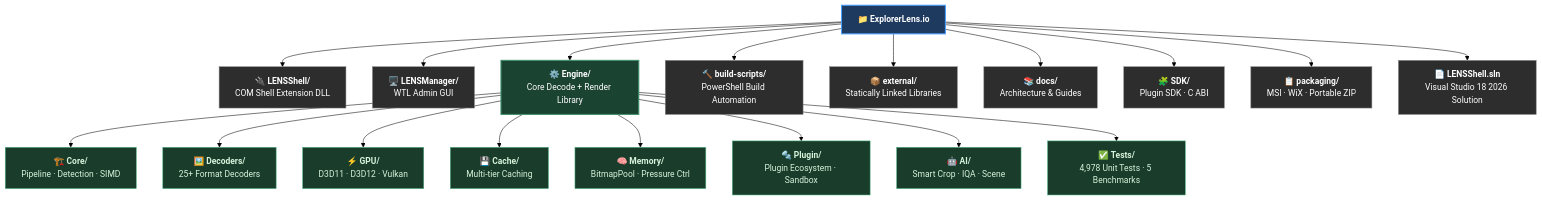
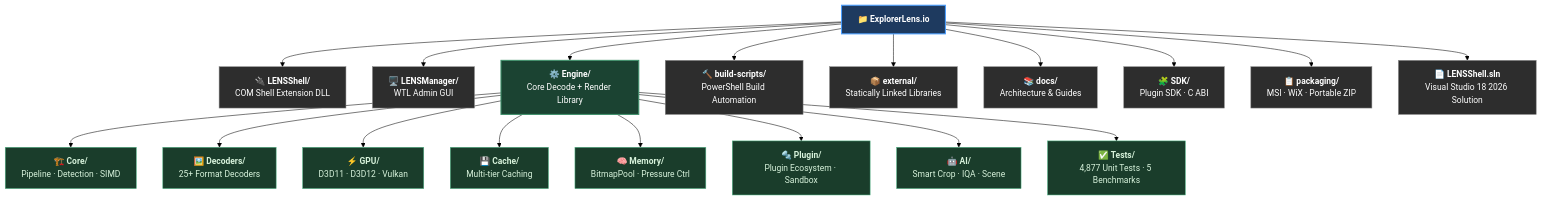
The diagram in README.md (RajwanYair/ExplorerLens.io), drawn with Mermaid (forest theme) before and after one commit. The commit also changed other lines of this file and 6 other files, not shown here.

````diff
--- a/README.md
+++ b/README.md
@@ -252,42 +294,42 @@
 ```mermaid
 graph TD
     ROOT["📁 <b>ExplorerLens.io</b>"]
 
     ROOT --> SHELL["🔌 <b>LENSShell/</b><br/>COM Shell Extension DLL"]
     ROOT --> MGR["🖥️ <b>LENSManager/</b><br/>WTL Admin GUI"]
     ROOT --> ENG["⚙️ <b>Engine/</b><br/>Core Decode + Render Library"]
     ROOT --> BS["🔨 <b>build-scripts/</b><br/>PowerShell Build Automation"]
     ROOT --> EXT["📦 <b>external/</b><br/>Statically Linked Libraries"]
     ROOT --> DOCS["📚 <b>docs/</b><br/>Architecture &amp; Guides"]
     ROOT --> SDK["🧩 <b>SDK/</b><br/>Plugin SDK · C ABI"]
     ROOT --> PKG["📋 <b>packaging/</b><br/>MSI · WiX · Portable ZIP"]
     ROOT --> SLN["📄 <b>LENSShell.sln</b><br/>Visual Studio 18 2026 Solution"]
 
     ENG --> CORE["🏗️ <b>Core/</b><br/>Pipeline · Detection · SIMD"]
     ENG --> DEC["🖼️ <b>Decoders/</b><br/>25+ Format Decoders"]
     ENG --> GPU["⚡ <b>GPU/</b><br/>D3D11 · D3D12 · Vulkan"]
     ENG --> CACHE["💾 <b>Cache/</b><br/>Multi-tier Caching"]
     ENG --> MEM["🧠 <b>Memory/</b><br/>BitmapPool · Pressure Ctrl"]
     ENG --> PLUGIN["🔩 <b>Plugin/</b><br/>Plugin Ecosystem · Sandbox"]
     ENG --> AI["🤖 <b>AI/</b><br/>Smart Crop · IQA · Scene"]
-    ENG --> TESTS["✅ <b>Tests/</b><br/>4,978 Unit Tests · 5 Benchmarks"]
+    ENG --> TESTS["✅ <b>Tests/</b><br/>4,877 Unit Tests · 5 Benchmarks"]
 
     style ROOT fill:#1e3a5f,color:#fff,stroke:#4a9eff,stroke-width:2px
     style ENG  fill:#1b4332,color:#fff,stroke:#40916c,stroke-width:2px
     style SHELL fill:#2d2d2d,color:#fff,stroke:#888
     style MGR   fill:#2d2d2d,color:#fff,stroke:#888
     style BS    fill:#2d2d2d,color:#fff,stroke:#888
     style EXT   fill:#2d2d2d,color:#fff,stroke:#888
     style DOCS  fill:#2d2d2d,color:#fff,stroke:#888
     style SDK   fill:#2d2d2d,color:#fff,stroke:#888
     style PKG   fill:#2d2d2d,color:#fff,stroke:#888
     style SLN   fill:#2d2d2d,color:#fff,stroke:#888
     style CORE   fill:#1a3d2b,color:#d8f3dc,stroke:#52b788
     style DEC    fill:#1a3d2b,color:#d8f3dc,stroke:#52b788
     style GPU    fill:#1a3d2b,color:#d8f3dc,stroke:#52b788
     style CACHE  fill:#1a3d2b,color:#d8f3dc,stroke:#52b788
     style MEM    fill:#1a3d2b,color:#d8f3dc,stroke:#52b788
     style PLUGIN fill:#1a3d2b,color:#d8f3dc,stroke:#52b788
     style AI     fill:#1a3d2b,color:#d8f3dc,stroke:#52b788
     style TESTS  fill:#1a3d2b,color:#d8f3dc,stroke:#52b788
 ```
````
